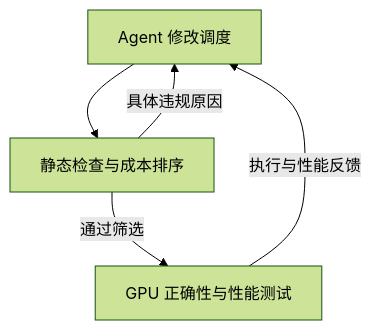
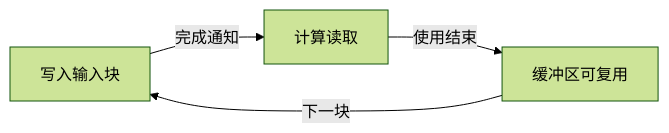
Before and after one commit to 0xkoa1a/AI-Infra-Notes: the second of 2 diagrams in notes/compiler/CAKE.md, drawn with Mermaid (forest theme). The commit also changed other lines of this file, not shown here.

````diff
--- a/notes/compiler/CAKE.md
+++ b/notes/compiler/CAKE.md
@@ -99,7 +64,6 @@
 ```mermaid
-flowchart TB
-    A["Agent 修改调度"] --> B["静态检查与成本排序"]
-    B -->|通过筛选| C["GPU 正确性与性能测试"]
-    B -->|具体违规原因| A
-    C -->|执行与性能反馈| A
+flowchart LR
+    W["写入输入块"] -->|完成通知| R["计算读取"]
+    R -->|使用结束| F["缓冲区可复用"]
+    F -->|下一块| W
 ```
````
